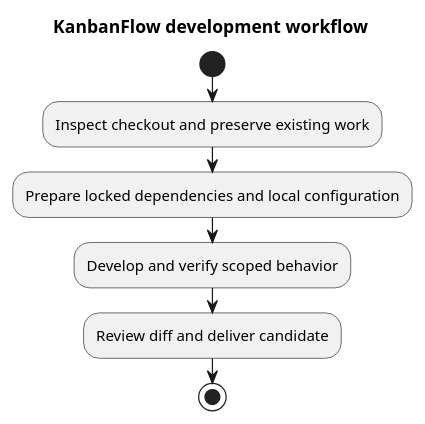
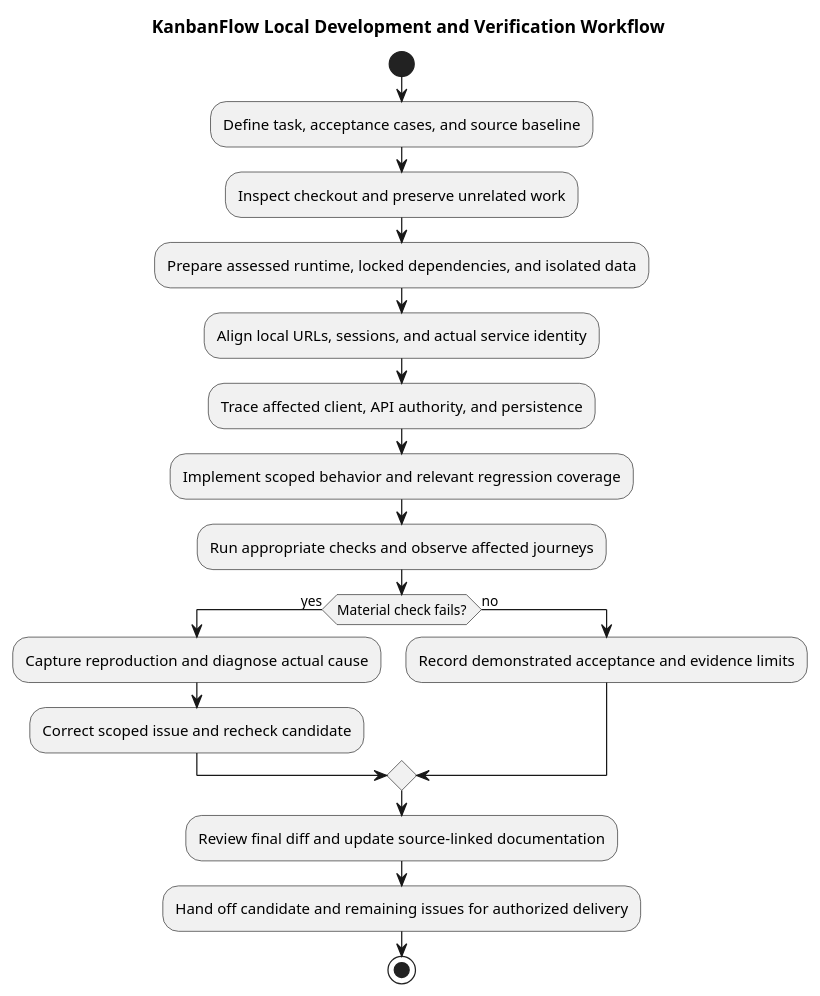
Before and after one commit to Farhad-Valizadegan/Web-KanbanFlow: the diagram in docs/SDLC/05-implementation/development-workflow.md, drawn with PlantUML. The commit also changed other lines of this file and 2 other files, not shown here.

Commit message:
docs: complete local development workflow and troubleshooting guidance

````diff
--- a/docs/SDLC/05-implementation/development-workflow.md
+++ b/docs/SDLC/05-implementation/development-workflow.md
@@ -42,11 +95,22 @@
 ```plantuml
 @startuml
-title KanbanFlow development workflow
+title KanbanFlow Local Development and Verification Workflow
 start
-:Inspect checkout and preserve existing work;
-:Prepare locked dependencies and local configuration;
-:Develop and verify scoped behavior;
-:Review diff and deliver candidate;
+:Define task, acceptance cases, and source baseline;
+:Inspect checkout and preserve unrelated work;
+:Prepare assessed runtime, locked dependencies, and isolated data;
+:Align local URLs, sessions, and actual service identity;
+:Trace affected client, API authority, and persistence;
+:Implement scoped behavior and relevant regression coverage;
+:Run appropriate checks and observe affected journeys;
+if (Material check fails?) then (yes)
+ :Capture reproduction and diagnose actual cause;
+ :Correct scoped issue and recheck candidate;
+else (no)
+ :Record demonstrated acceptance and evidence limits;
+endif
+:Review final diff and update source-linked documentation;
+:Hand off candidate and remaining issues for authorized delivery;
 stop
 @enduml
 ```
````
